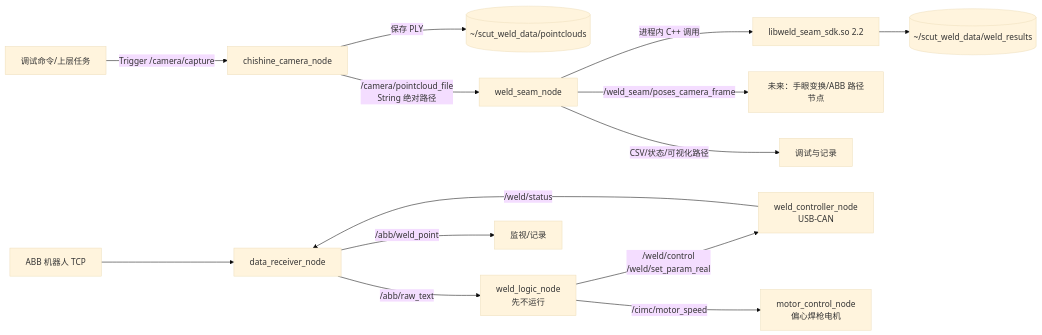
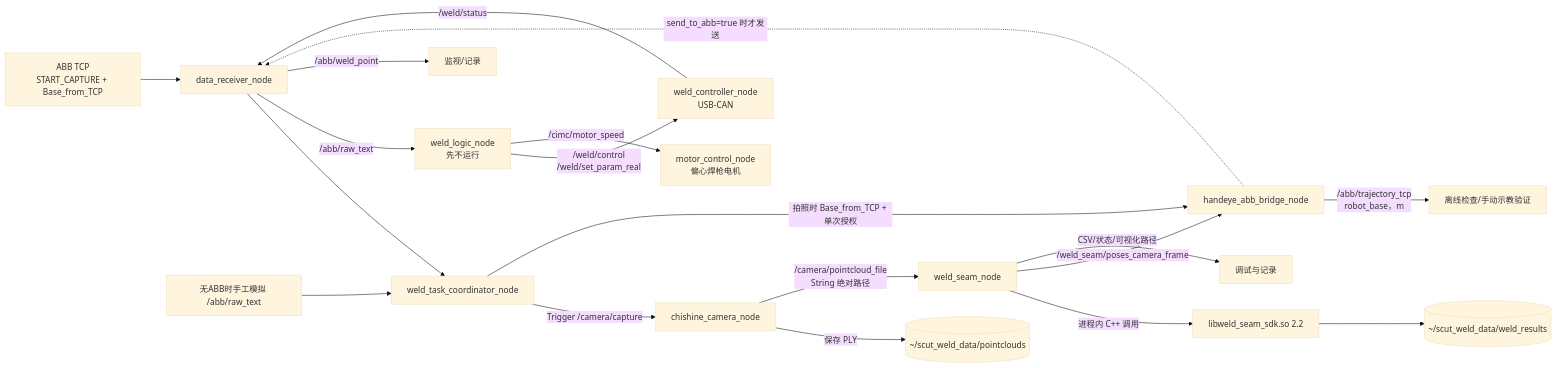
Before and after one commit to Luckme921/cimc: the diagram in README.md, drawn with Mermaid (base theme). The commit also changed other lines of this file and 2 other files, not shown here.

````diff
--- a/README.md
+++ b/README.md
@@ -26,17 +33,22 @@
 ```mermaid
 flowchart LR
-    U["调试命令/上层任务"] -->|"Trigger /camera/capture"| C["chishine_camera_node"]
+    ABB["ABB TCP\nSTART_CAPTURE + Base_from_TCP"] --> D["data_receiver_node"]
+    D --> Q["weld_task_coordinator_node"]
+    SIM["无ABB时手工模拟 /abb/raw_text"] --> Q
+    Q -->|"Trigger /camera/capture"| C["chishine_camera_node"]
     C -->|"保存 PLY"| P[("~/scut_weld_data/pointclouds")]
     C -->|"/camera/pointcloud_file\nString 绝对路径"| S["weld_seam_node"]
     S -->|"进程内 C++ 调用"| SDK["libweld_seam_sdk.so 2.2"]
     SDK --> R[("~/scut_weld_data/weld_results")]
-    S -->|"/weld_seam/poses_camera_frame"| H["未来：手眼变换/ABB 路径节点"]
+    S -->|"/weld_seam/poses_camera_frame"| H["handeye_abb_bridge_node"]
+    Q -->|"拍照时 Base_from_TCP + 单次授权"| H
+    H -->|"/abb/trajectory_tcp\nrobot_base，m"| CHECK["离线检查/手动示教验证"]
+    H -. "send_to_abb=true 时才发送" .-> D
     S -->|"CSV/状态/可视化路径"| V["调试与记录"]
 
-    ABB["ABB 机器人 TCP"] --> D["data_receiver_node"]
     D -->|"/abb/raw_text"| L["weld_logic_node\n先不运行"]
     D -->|"/abb/weld_point"| MON["监视/记录"]
     W["weld_controller_node\nUSB-CAN"] -->|"/weld/status"| D
     L -->|"/weld/control\n/weld/set_param_real"| W
     L -->|"/cimc/motor_speed"| M["motor_control_node\n偏心焊枪电机"]
 ```
````
